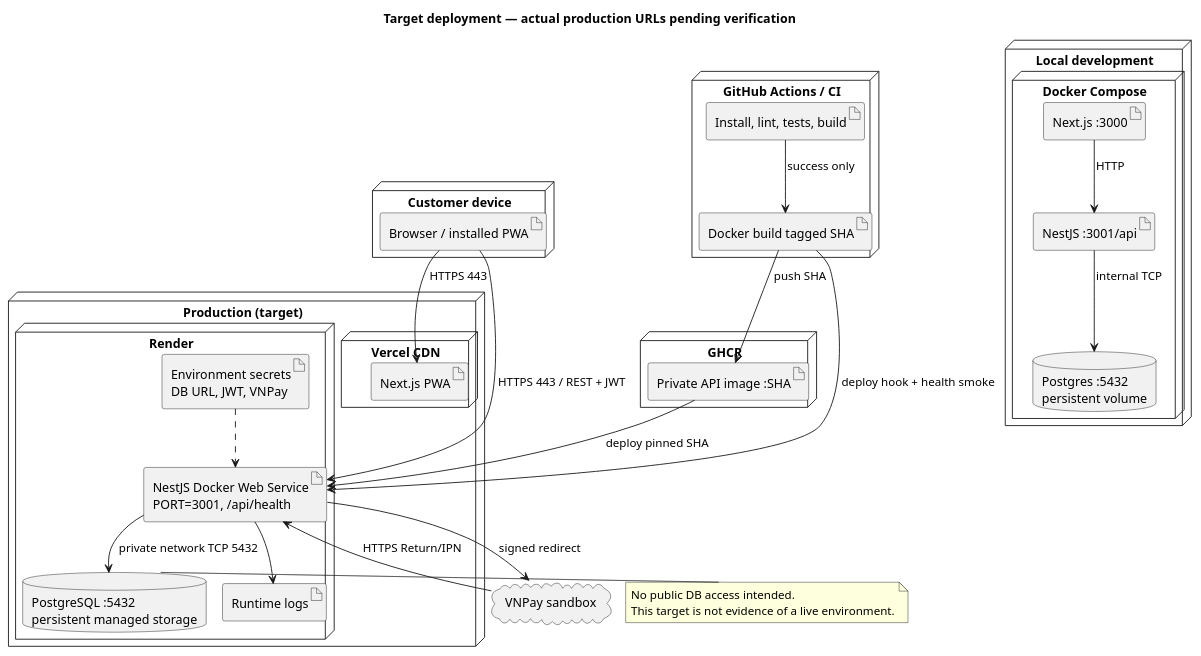
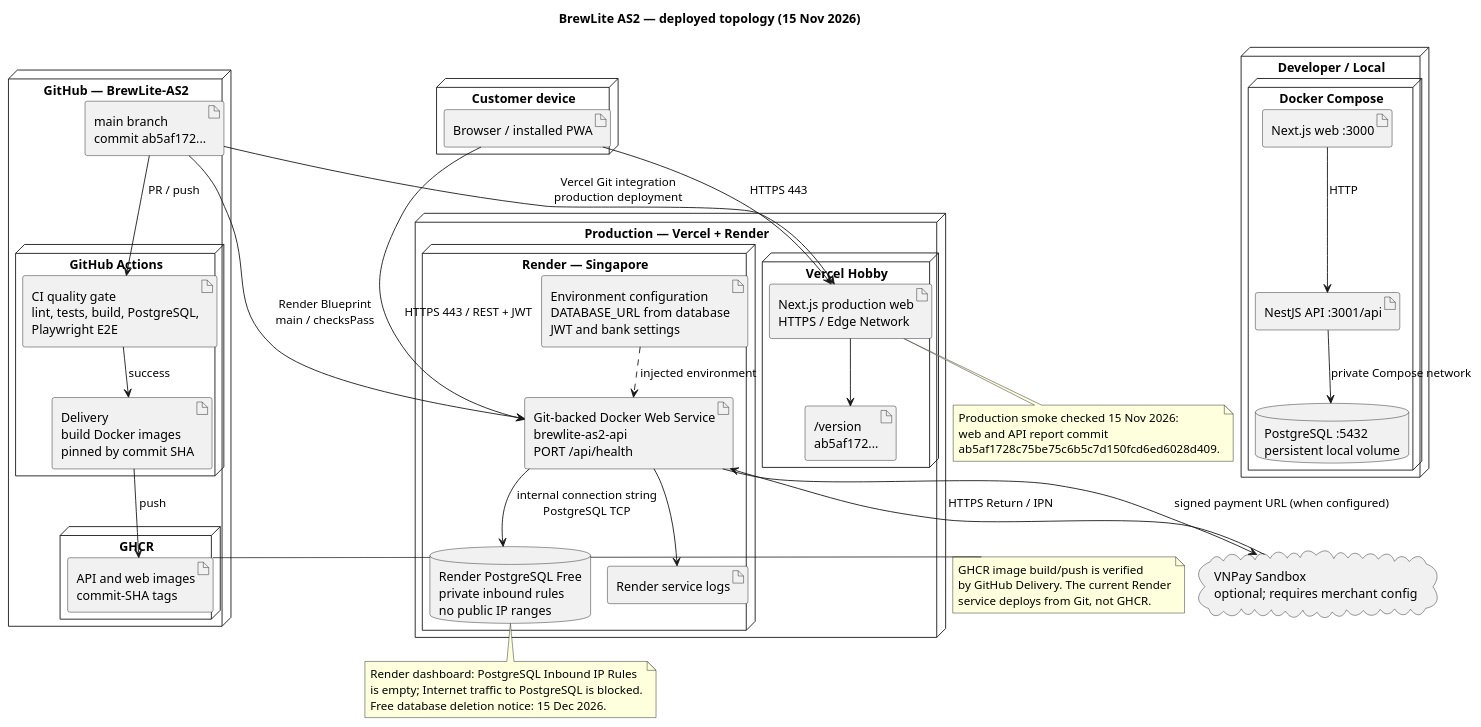
The diagram in docs/diagrams/deployment.puml (https-monstiez/BrewLite-AS2), drawn with PlantUML before and after one commit. The commit also changed 18 other files, not shown here.

Commit message:
docs(as2): complete report and deployment evidence

```diff
--- a/docs/diagrams/deployment.puml
+++ b/docs/diagrams/deployment.puml
@@ -1,52 +1,75 @@
 @startuml
 !pragma layout smetana
 skinparam shadowing false
 skinparam defaultFontName SansSerif
-title Target deployment — actual production URLs pending verification
-node "Local development" {
- node "Docker Compose" {
-  artifact "Next.js :3000" as localweb
-  artifact "NestJS :3001/api" as localapi
-  database "Postgres :5432\npersistent volume" as localdb
- }
- localweb --> localapi : HTTP
- localapi --> localdb : internal TCP
+title BrewLite AS2 — deployed topology (15 Nov 2026)
+
+node "Developer / Local" {
+  node "Docker Compose" {
+    artifact "Next.js web :3000" as localweb
+    artifact "NestJS API :3001/api" as localapi
+    database "PostgreSQL :5432\npersistent local volume" as localdb
+    localweb --> localapi : HTTP
+    localapi --> localdb : private Compose network
+  }
 }
-node "GitHub Actions / CI" {
- artifact "Install, lint, tests, build" as gate
- artifact "Docker build tagged SHA" as build
+
+node "GitHub — BrewLite-AS2" {
+  artifact "main branch\ncommit ab5af172..." as source
+  node "GitHub Actions" {
+    artifact "CI quality gate\nlint, tests, build, PostgreSQL,\nPlaywright E2E" as ci
+    artifact "Delivery\nbuild Docker images\npinned by commit SHA" as delivery
+  }
+  node "GHCR" {
+    artifact "API and web images\ncommit-SHA tags" as images
+  }
+  source --> ci : PR / push
+  ci --> delivery : success
+  delivery --> images : push
 }
-node "GHCR" {
- artifact "Private API image :SHA" as image
+
+node "Production — Vercel + Render" {
+  node "Vercel Hobby" {
+    artifact "Next.js production web\nHTTPS / Edge Network" as web
+    artifact "/version\nab5af172..." as webversion
+    web --> webversion
+  }
+  node "Render — Singapore" {
+    artifact "Git-backed Docker Web Service\nbrewlite-as2-api\nPORT /api/health" as api
+    database "Render PostgreSQL Free\nprivate inbound rules\nno public IP ranges" as db
+    artifact "Environment configuration\nDATABASE_URL from database\nJWT and bank settings" as secrets
+    artifact "Render service logs" as logs
+    api --> db : internal connection string\nPostgreSQL TCP
+    secrets ..> api : injected environment
+    api --> logs
+  }
+  source --> web : Vercel Git integration\nproduction deployment
+  source --> api : Render Blueprint\nmain / checksPass
 }
-node "Production (target)" {
- node "Vercel CDN" {
-  artifact "Next.js PWA" as web
- }
- node "Render" {
-  artifact "NestJS Docker Web Service\nPORT=3001, /api/health" as api
-  database "PostgreSQL :5432\npersistent managed storage" as db
-  artifact "Environment secrets\nDB URL, JWT, VNPay" as secrets
-  artifact "Runtime logs" as logs
- }
+
+node "Customer device" {
+  artifact "Browser / installed PWA" as client
 }
-node "Customer device" {
- artifact "Browser / installed PWA" as client
-}
-cloud "VNPay sandbox" as vnp
+
+cloud "VNPay Sandbox\noptional; requires merchant config" as vnp
 client --> web : HTTPS 443
 client --> api : HTTPS 443 / REST + JWT
-api --> db : private network TCP 5432
-api --> vnp : signed redirect
-vnp --> api : HTTPS Return/IPN
-secrets ..> api
-api --> logs
-gate --> build : success only
-build --> image : push SHA
-image --> api : deploy pinned SHA
-build --> api : deploy hook + health smoke
-note right of db
- No public DB access intended.
- This target is not evidence of a live environment.
+api --> vnp : signed payment URL (when configured)
+vnp --> api : HTTPS Return / IPN
+
+note right of images
+GHCR image build/push is verified
+by GitHub Delivery. The current Render
+service deploys from Git, not GHCR.
+end note
+note bottom of db
+Render dashboard: PostgreSQL Inbound IP Rules
+is empty; Internet traffic to PostgreSQL is blocked.
+Free database deletion notice: 15 Dec 2026.
+end note
+note bottom of web
+Production smoke checked 15 Nov 2026:
+web and API report commit
+ab5af1728c75be75c6b5c7d150fcd6ed6028d409.
 end note
 @enduml
```
